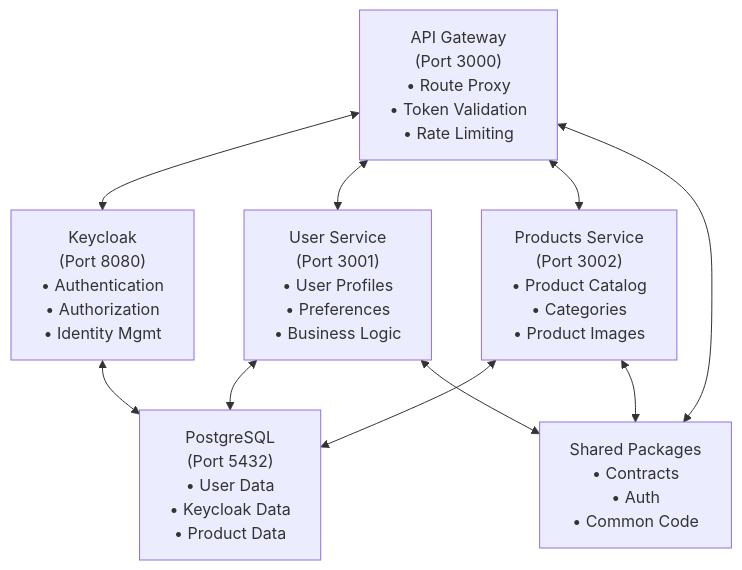
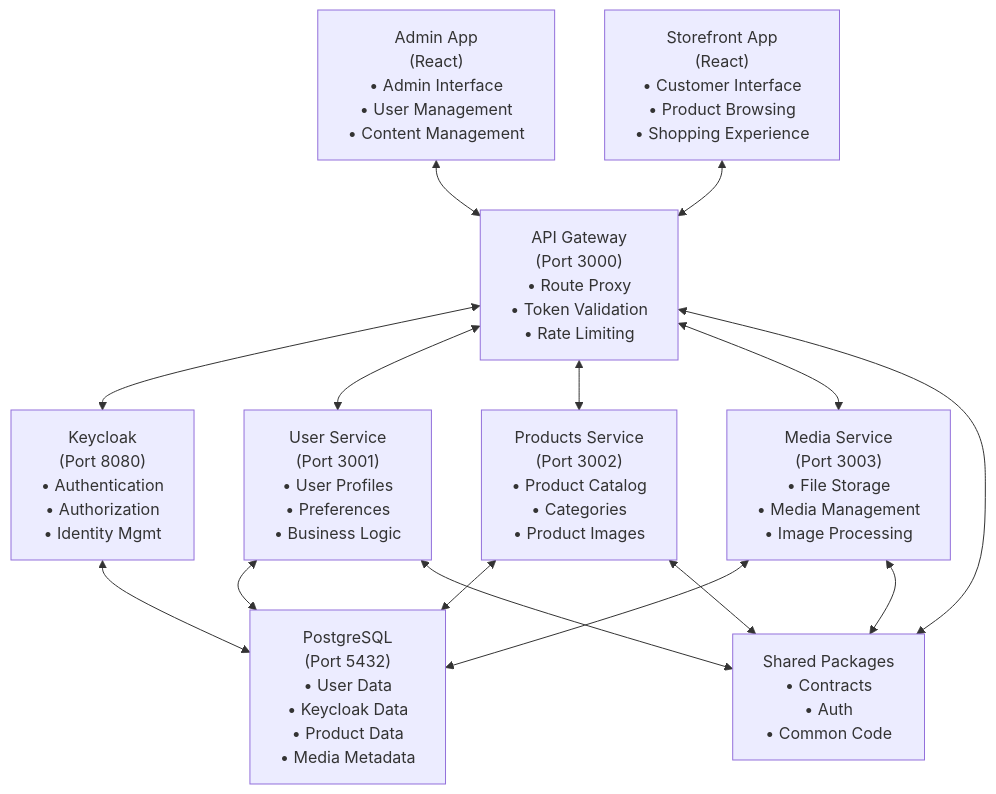
The diagram in README.md (lequochung19971/nestjs-microservices), drawn with Mermaid before and after one commit. The commit also changed other lines of this file and 113 other files, not shown here.

````diff
--- a/README.md
+++ b/README.md
@@ -7,12 +7,17 @@
 ```mermaid
 flowchart TD
     AG["API Gateway<br/>(Port 3000)<br/>• Route Proxy<br/>• Token Validation<br/>• Rate Limiting"] <--> KC["Keycloak<br/>(Port 8080)<br/>• Authentication<br/>• Authorization<br/>• Identity Mgmt"]
     AG <--> US["User Service<br/>(Port 3001)<br/>• User Profiles<br/>• Preferences<br/>• Business Logic"]
     AG <--> PS["Products Service<br/>(Port 3002)<br/>• Product Catalog<br/>• Categories<br/>• Product Images"]
-    KC <--> DB["PostgreSQL<br/>(Port 5432)<br/>• User Data<br/>• Keycloak Data<br/>• Product Data"]
+    AG <--> MS["Media Service<br/>(Port 3003)<br/>• File Storage<br/>• Media Management<br/>• Image Processing"]
+    KC <--> DB["PostgreSQL<br/>(Port 5432)<br/>• User Data<br/>• Keycloak Data<br/>• Product Data<br/>• Media Metadata"]
     US <--> DB
     PS <--> DB
+    MS <--> DB
     AG <--> SP["Shared Packages<br/>• Contracts<br/>• Auth<br/>• Common Code"]
     US <--> SP
     PS <--> SP
+    MS <--> SP
+    AA["Admin App<br/>(React)<br/>• Admin Interface<br/>• User Management<br/>• Content Management"] <--> AG
+    SA["Storefront App<br/>(React)<br/>• Customer Interface<br/>• Product Browsing<br/>• Shopping Experience"] <--> AG
 ```
````
